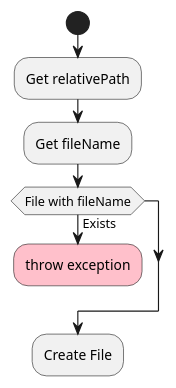
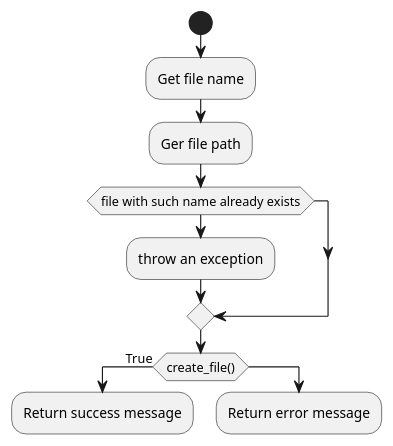
The diagram in src/main/resources/ex43/ActivityDiagrams/createFile.puml (mplekunov/Assignment_3), drawn with PlantUML before and after one commit. The commit also changed 155 other files, not shown here.

```diff
--- a/src/main/resources/ex43/ActivityDiagrams/createFile.puml
+++ b/src/main/resources/ex43/ActivityDiagrams/createFile.puml
@@ -1,15 +1,19 @@
 @startuml
 'https://plantuml.com/activity-diagram-beta
 
 start
-    :Get relativePath;
-    :Get fileName;
+    :Get file name;
+    :Ger file path;
 
-    if (File with fileName) is (Exists) then
-        #pink:throw exception;
+    if (file with such name already exists) then
+            :throw an exception;
+        endif
+
+    if (create_file()) is (True) then
+        :Return success message;
+        kill
+    else
+        :Return error message;
         kill
     endif
-
-    :Create File;
-
 @enduml
```
